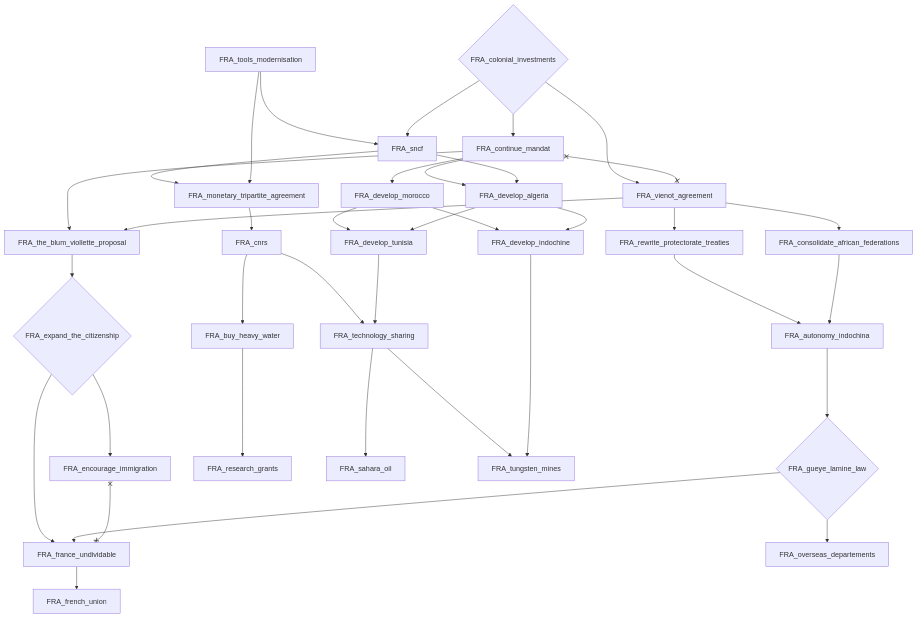
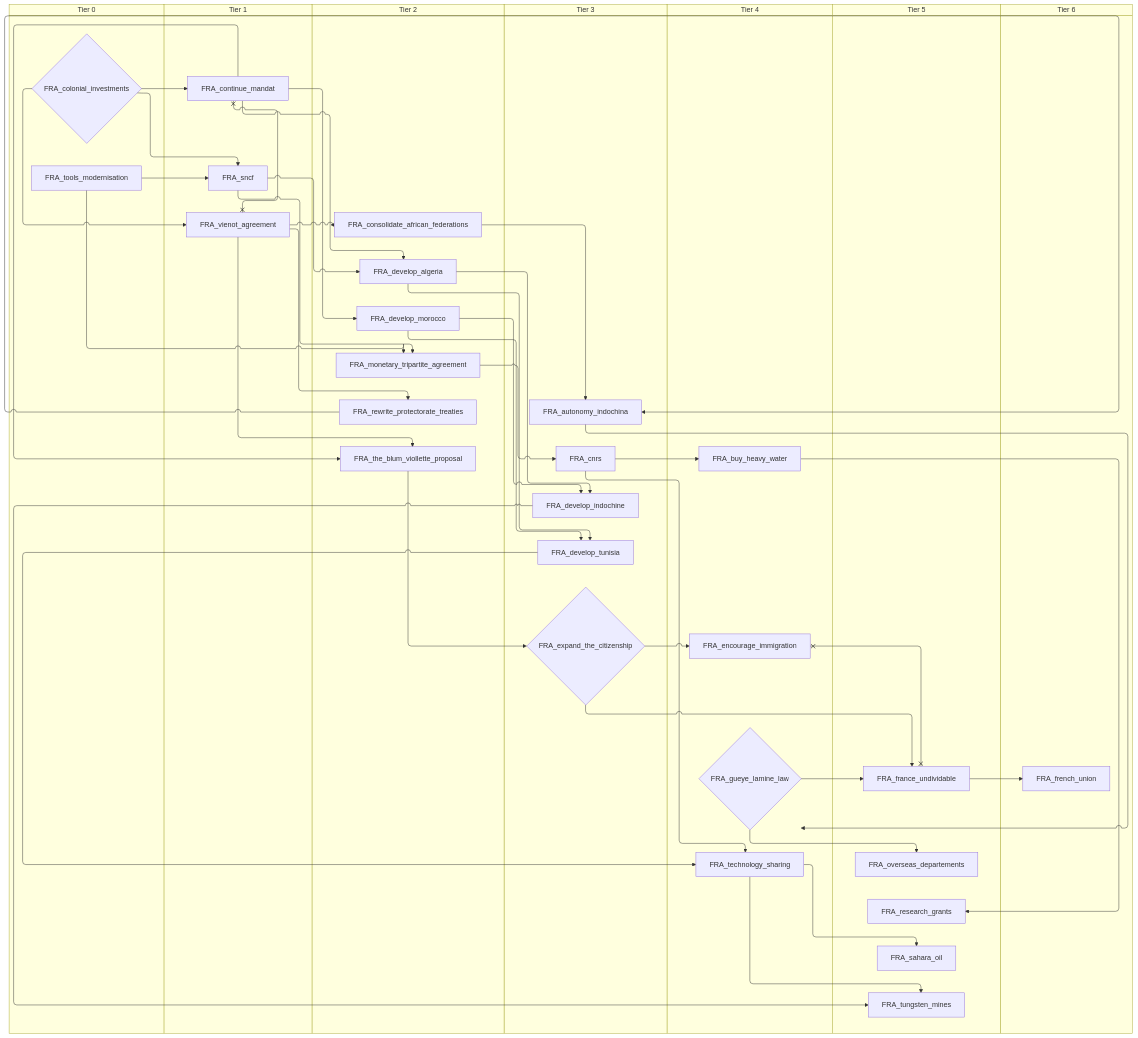
The third of 14 diagrams in docs/gdd/National Focuses/france.md (evgeny-sobol/hoi4-sandbox-mode-r56), drawn with Mermaid before and after one commit. The commit also changed other lines of this file and 423 other files, not shown here.

First line of the commit message:
Re-export Rt56 focus trees as swimlane diagrams

````diff
--- a/docs/gdd/National Focuses/france.md
+++ b/docs/gdd/National Focuses/france.md
@@ -265,65 +295,79 @@
 ```mermaid
-flowchart TD
-    n104["FRA_autonomy_indochina"]
-    n105["FRA_buy_heavy_water"]
-    n106["FRA_cnrs"]
-    n107{"FRA_colonial_investments"}
-    n108["FRA_consolidate_african_federations"]
-    n109["FRA_continue_mandat"]
-    n110["FRA_develop_algeria"]
-    n111["FRA_develop_indochine"]
-    n112["FRA_develop_morocco"]
-    n113["FRA_develop_tunisia"]
-    n114["FRA_encourage_immigration"]
-    n115{"FRA_expand_the_citizenship"}
-    n116["FRA_france_undividable"]
-    n117["FRA_french_union"]
-    n118{"FRA_gueye_lamine_law"}
-    n119["FRA_monetary_tripartite_agreement"]
-    n120["FRA_overseas_departements"]
-    n121["FRA_research_grants"]
-    n122["FRA_rewrite_protectorate_treaties"]
-    n123["FRA_sahara_oil"]
-    n124["FRA_sncf"]
-    n125["FRA_technology_sharing"]
-    n126["FRA_the_blum_viollette_proposal"]
-    n127["FRA_tools_modernisation"]
-    n128["FRA_tungsten_mines"]
-    n129["FRA_vienot_agreement"]
-    n122 --> n104
-    n108 --> n104
-    n106 --> n105
-    n119 --> n106
-    n129 --> n108
-    n107 --> n109
-    n109 --> n110
-    n124 --> n110
-    n112 --> n111
-    n110 --> n111
-    n109 --> n112
-    n112 --> n113
-    n110 --> n113
-    n115 --> n114
-    n126 --> n115
-    n115 --> n116
-    n118 --> n116
-    n116 --> n117
-    n104 --> n118
-    n124 --> n119
-    n127 --> n119
-    n118 --> n120
-    n105 --> n121
-    n129 --> n122
-    n125 --> n123
-    n127 --> n124
-    n107 --> n124
-    n106 --> n125
-    n113 --> n125
-    n109 --> n126
-    n129 --> n126
-    n125 --> n128
-    n111 --> n128
-    n107 --> n129
-    n109 x--x n129
-    n114 x--x n116
+swimlane-beta TD
+    subgraph tier_0["Tier 0"]
+        n104{"FRA_colonial_investments"}
+        n105["FRA_tools_modernisation"]
+    end
+    subgraph tier_1["Tier 1"]
+        n106["FRA_continue_mandat"]
+        n107["FRA_sncf"]
+        n108["FRA_vienot_agreement"]
+    end
+    subgraph tier_2["Tier 2"]
+        n109["FRA_consolidate_african_federations"]
+        n110["FRA_develop_algeria"]
+        n111["FRA_develop_morocco"]
+        n112["FRA_monetary_tripartite_agreement"]
+        n113["FRA_rewrite_protectorate_treaties"]
+        n114["FRA_the_blum_viollette_proposal"]
+    end
+    subgraph tier_3["Tier 3"]
+        n115["FRA_autonomy_indochina"]
+        n116["FRA_cnrs"]
+        n117["FRA_develop_indochine"]
+        n118["FRA_develop_tunisia"]
+        n119{"FRA_expand_the_citizenship"}
+    end
+    subgraph tier_4["Tier 4"]
+        n120["FRA_buy_heavy_water"]
+        n121["FRA_encourage_immigration"]
+        n122{"FRA_gueye_lamine_law"}
+        n123["FRA_technology_sharing"]
+    end
+    subgraph tier_5["Tier 5"]
+        n124["FRA_france_undividable"]
+        n125["FRA_overseas_departements"]
+        n126["FRA_research_grants"]
+        n127["FRA_sahara_oil"]
+        n128["FRA_tungsten_mines"]
+    end
+    subgraph tier_6["Tier 6"]
+        n129["FRA_french_union"]
+    end
+    n113 --> n115
+    n109 --> n115
+    n116 --> n120
+    n112 --> n116
+    n108 --> n109
+    n104 --> n106
+    n106 --> n110
+    n107 --> n110
+    n111 --> n117
+    n110 --> n117
+    n106 --> n111
+    n111 --> n118
+    n110 --> n118
+    n119 --> n121
+    n114 --> n119
+    n119 --> n124
+    n122 --> n124
+    n124 --> n129
+    n115 --> n122
+    n107 --> n112
+    n105 --> n112
+    n122 --> n125
+    n120 --> n126
+    n108 --> n113
+    n123 --> n127
+    n105 --> n107
+    n104 --> n107
+    n116 --> n123
+    n118 --> n123
+    n106 --> n114
+    n108 --> n114
+    n123 --> n128
+    n117 --> n128
+    n104 --> n108
+    n106 x--x n108
+    n121 x--x n124
 ```
````
